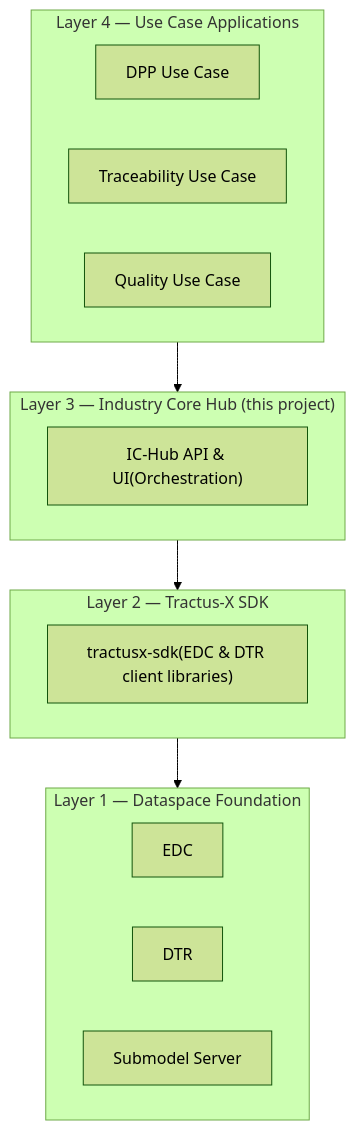
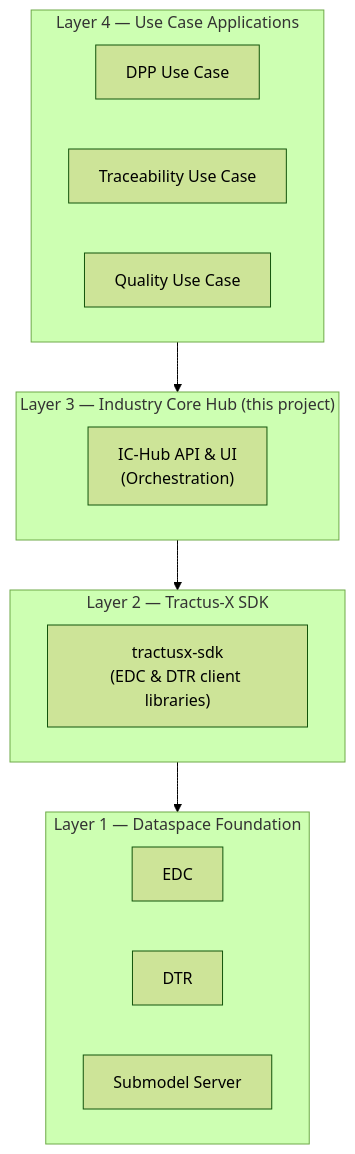
The second of 6 diagrams in README.md (jalvaro-lks/industry-core-hub), drawn with Mermaid (forest theme) before and after one commit. The commit also changed other lines of this file, not shown here.

Commit message:
Improve README tone and diagrams

````diff
--- a/README.md
+++ b/README.md
@@ -160,23 +170,23 @@
 ```mermaid
 graph TB
     subgraph L4["Layer 4 — Use Case Applications"]
         UC1["DPP Use Case"]
         UC2["Traceability Use Case"]
         UC3["Quality Use Case"]
     end
     subgraph L3["Layer 3 — Industry Core Hub (this project)"]
-        ICH["IC-Hub API & UI(Orchestration)"]
+        ICH["IC-Hub API & UI<br/>(Orchestration)"]
     end
     subgraph L2["Layer 2 — Tractus-X SDK"]
-        SDK["tractusx-sdk(EDC & DTR client libraries)"]
+        SDK["tractusx-sdk<br/>(EDC & DTR client libraries)"]
     end
     subgraph L1["Layer 1 — Dataspace Foundation"]
         EDC["EDC"]
         DTR["DTR"]
         SS["Submodel Server"]
     end
 
     L4 --> L3
     L3 --> L2
     L2 --> L1
 ```
````
